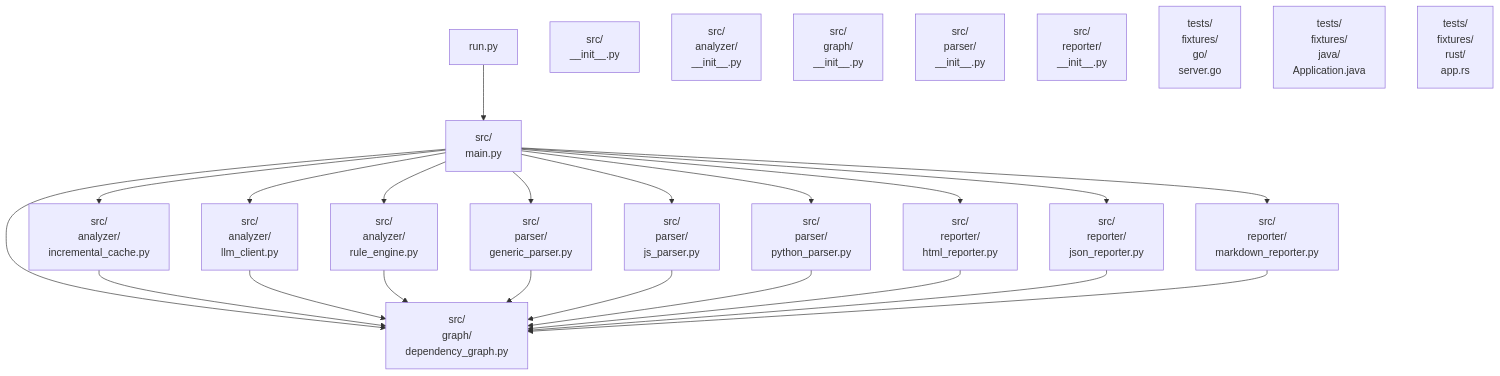
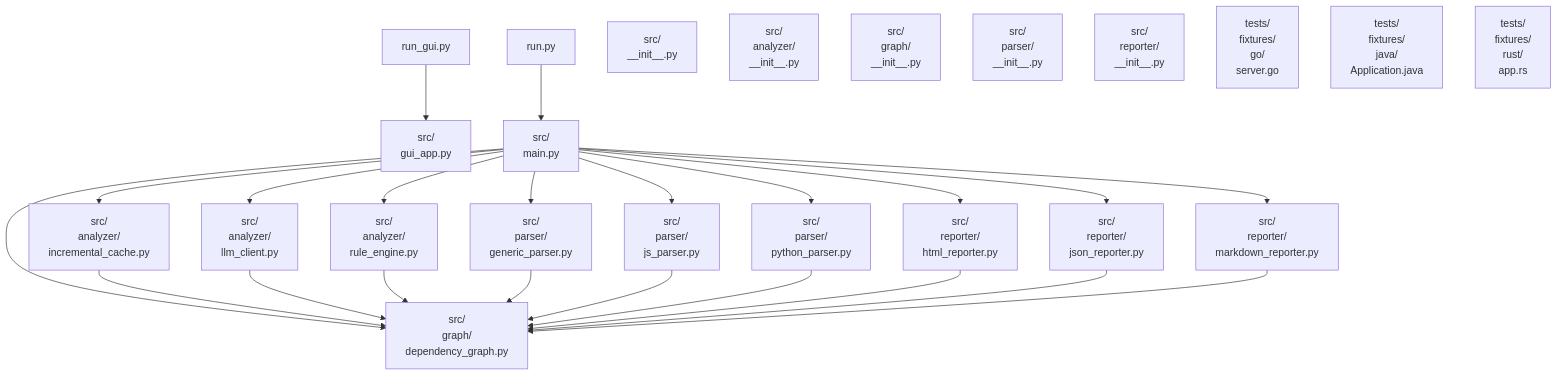
The diagram in code-analyzer/output/analysis.md (osdepk001/Program-self-understanding), drawn with Mermaid before and after one commit. The commit also changed other lines of this file and 33 other files, not shown here.

````diff
--- a/code-analyzer/output/analysis.md
+++ b/code-analyzer/output/analysis.md
@@ -26,44 +26,47 @@
 ```mermaid
 graph TD
     N0["run.py"]
-    N1["src/<br/>main.py"]
-    N2["src/<br/>__init__.py"]
-    N3["src/<br/>analyzer/<br/>incremental_cache.py"]
-    N4["src/<br/>analyzer/<br/>llm_client.py"]
-    N5["src/<br/>analyzer/<br/>rule_engine.py"]
-    N6["src/<br/>analyzer/<br/>__init__.py"]
-    N7["src/<br/>graph/<br/>dependency_graph.py"]
-    N8["src/<br/>graph/<br/>__init__.py"]
-    N9["src/<br/>parser/<br/>generic_parser.py"]
-    N10["src/<br/>parser/<br/>js_parser.py"]
-    N11["src/<br/>parser/<br/>python_parser.py"]
-    N12["src/<br/>parser/<br/>__init__.py"]
-    N13["src/<br/>reporter/<br/>html_reporter.py"]
-    N14["src/<br/>reporter/<br/>json_reporter.py"]
-    N15["src/<br/>reporter/<br/>markdown_reporter.py"]
-    N16["src/<br/>reporter/<br/>__init__.py"]
-    N17["tests/<br/>fixtures/<br/>go/<br/>server.go"]
-    N18["tests/<br/>fixtures/<br/>java/<br/>Application.java"]
-    N19["tests/<br/>fixtures/<br/>rust/<br/>app.rs"]
+    N1["run_gui.py"]
+    N2["src/<br/>gui_app.py"]
+    N3["src/<br/>main.py"]
+    N4["src/<br/>__init__.py"]
+    N5["src/<br/>analyzer/<br/>incremental_cache.py"]
+    N6["src/<br/>analyzer/<br/>llm_client.py"]
+    N7["src/<br/>analyzer/<br/>rule_engine.py"]
+    N8["src/<br/>analyzer/<br/>__init__.py"]
+    N9["src/<br/>graph/<br/>dependency_graph.py"]
+    N10["src/<br/>graph/<br/>__init__.py"]
+    N11["src/<br/>parser/<br/>generic_parser.py"]
+    N12["src/<br/>parser/<br/>js_parser.py"]
+    N13["src/<br/>parser/<br/>python_parser.py"]
+    N14["src/<br/>parser/<br/>__init__.py"]
+    N15["src/<br/>reporter/<br/>html_reporter.py"]
+    N16["src/<br/>reporter/<br/>json_reporter.py"]
+    N17["src/<br/>reporter/<br/>markdown_reporter.py"]
+    N18["src/<br/>reporter/<br/>__init__.py"]
+    N19["tests/<br/>fixtures/<br/>go/<br/>server.go"]
+    N20["tests/<br/>fixtures/<br/>java/<br/>Application.java"]
+    N21["tests/<br/>fixtures/<br/>rust/<br/>app.rs"]
 
-    N0 --> N1
-    N1 --> N3
-    N1 --> N4
-    N1 --> N5
-    N1 --> N7
-    N1 --> N9
-    N1 --> N10
-    N1 --> N11
-    N1 --> N13
-    N1 --> N14
-    N1 --> N15
+    N0 --> N3
+    N1 --> N2
+    N3 --> N5
+    N3 --> N6
     N3 --> N7
-    N4 --> N7
-    N5 --> N7
-    N9 --> N7
-    N10 --> N7
-    N11 --> N7
-    N13 --> N7
-    N14 --> N7
-    N15 --> N7
+    N3 --> N9
+    N3 --> N11
+    N3 --> N12
+    N3 --> N13
+    N3 --> N15
+    N3 --> N16
+    N3 --> N17
+    N5 --> N9
+    N6 --> N9
+    N7 --> N9
+    N11 --> N9
+    N12 --> N9
+    N13 --> N9
+    N15 --> N9
+    N16 --> N9
+    N17 --> N9
 ```
````
